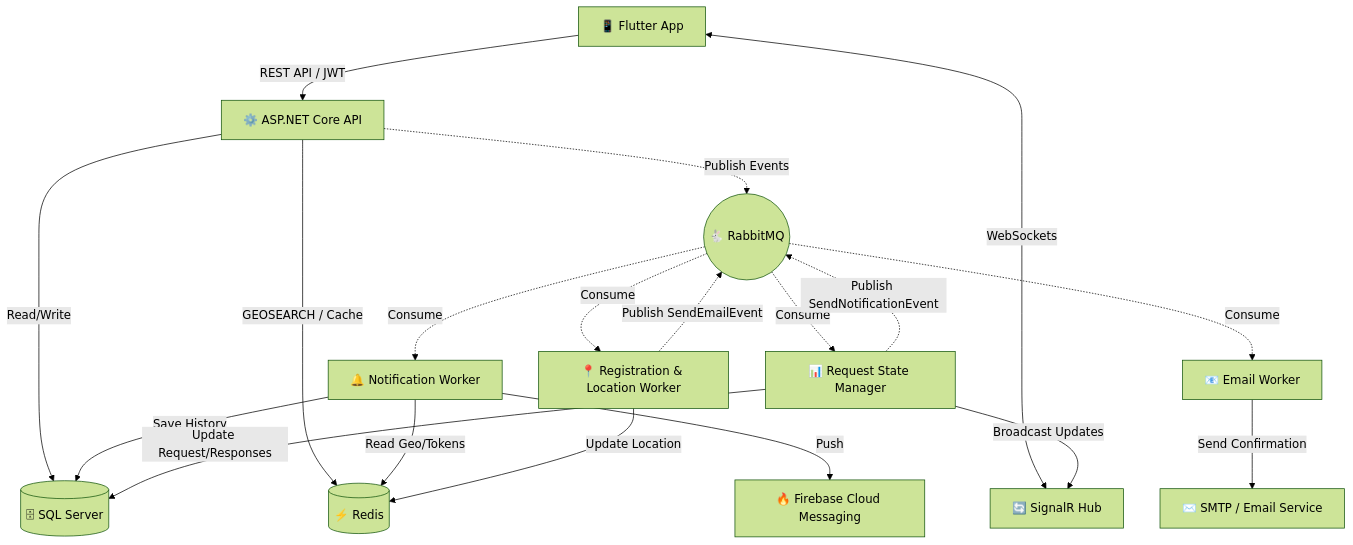
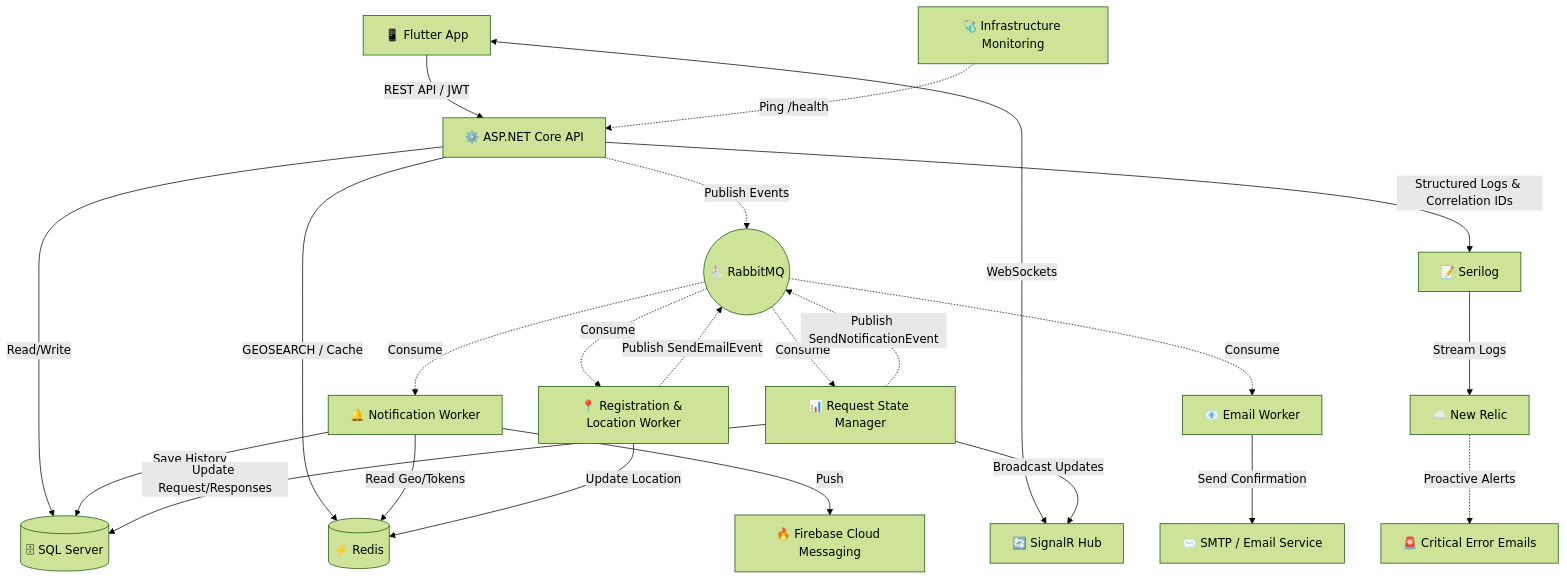
Before and after one commit to Yehia-Dakhly/Elixir: the diagram in README.md, drawn with Mermaid (forest theme). The commit also changed other lines of this file and 2 other files, not shown here.

Commit message:
Serilog & Monitor & System Health

````diff
--- a/README.md
+++ b/README.md
@@ -32,35 +34,43 @@
 ```mermaid
 graph TD;
-    %% 📱 Clients & API Gateway
-    Client[📱 Flutter App] -->|REST API / JWT| API[⚙️ ASP.NET Core API]
-    Client <-->|WebSockets| SignalR[🔄 SignalR Hub]
-    
-    %% 🗄 Primary Data Stores
-    API -->|Read/Write| SQL[(🗄 SQL Server)]
-    API -->|GEOSEARCH / Cache| Redis[(⚡️ Redis)]
-    
-    %% 🐇 Message Broker (RabbitMQ)
-    API -.->|Publish Events| RMQ((🐇 RabbitMQ))
-    
-    %% 👷‍♂️ Background Workers (MassTransit Consumers)
-    RMQ -.->|Consume| Worker1[🔔 Notification Worker]
-    RMQ -.->|Consume| Worker2[📍 Registration & Location Worker]
-    RMQ -.->|Consume| Worker3[📊 Request State Manager]
-    RMQ -.->|Consume| Worker4[📧 Email Worker]
-    
-    %% 🔄 Event Chaining (Workers publishing back to RMQ)
-    Worker2 -.->|Publish SendEmailEvent| RMQ
-    Worker3 -.->|Publish SendNotificationEvent| RMQ
-    
-    %% 🛠 Workers connecting to Data Stores
-    Worker1 -->|Read Geo/Tokens| Redis
-    Worker1 -->|Save History| SQL
-    Worker2 -->|Update Location| Redis
-    Worker3 -->|Update Request/Responses| SQL
-    
-    %% 🚀 External Services & Real-Time Broadcasting
-    Worker1 -->|Push| FCM[🔥 Firebase Cloud Messaging]
-    Worker3 -->|Broadcast Updates| SignalR
-    Worker4 -->|Send Confirmation| SMTP[✉️ SMTP / Email Service]
+    %% 📱 Clients & API Gateway
+    Client[📱 Flutter App] -->|REST API / JWT| API[⚙️ ASP.NET Core API]
+    Client <-->|WebSockets| SignalR[🔄 SignalR Hub]
+    
+    %% 🗄 Primary Data Stores
+    API -->|Read/Write| SQL[(🗄 SQL Server)]
+    API -->|GEOSEARCH / Cache| Redis[(⚡️ Redis)]
+    
+    %% 🐇 Message Broker (RabbitMQ)
+    API -.->|Publish Events| RMQ((🐇 RabbitMQ))
+    
+    %% 👷‍♂️ Background Workers (MassTransit Consumers)
+    RMQ -.->|Consume| Worker1[🔔 Notification Worker]
+    RMQ -.->|Consume| Worker2[📍 Registration & Location Worker]
+    RMQ -.->|Consume| Worker3[📊 Request State Manager]
+    RMQ -.->|Consume| Worker4[📧 Email Worker]
+    
+    %% 🔄 Event Chaining (Workers publishing back to RMQ)
+    Worker2 -.->|Publish SendEmailEvent| RMQ
+    Worker3 -.->|Publish SendNotificationEvent| RMQ
+    
+    %% 🛠 Workers connecting to Data Stores
+    Worker1 -->|Read Geo/Tokens| Redis
+    Worker1 -->|Save History| SQL
+    Worker2 -->|Update Location| Redis
+    Worker3 -->|Update Request/Responses| SQL
+    
+    %% 🚀 External Services & Real-Time Broadcasting
+    Worker1 -->|Push| FCM[🔥 Firebase Cloud Messaging]
+    Worker3 -->|Broadcast Updates| SignalR
+    Worker4 -->|Send Confirmation| SMTP[✉️ SMTP / Email Service]
+    
+    %% 🔭 Observability & Monitoring
+    API -->|Structured Logs & Correlation IDs| Serilog[📝 Serilog]
+    Serilog -->|Stream Logs| NewRelic[☁️ New Relic]
+    NewRelic -.->|Proactive Alerts| EmailAlerts[🚨 Critical Error Emails]
+    
+    %% 🩺 Health Checks
+    Monitor[🩺 Infrastructure Monitoring] -.->|Ping /health| API
 
 ```
````
